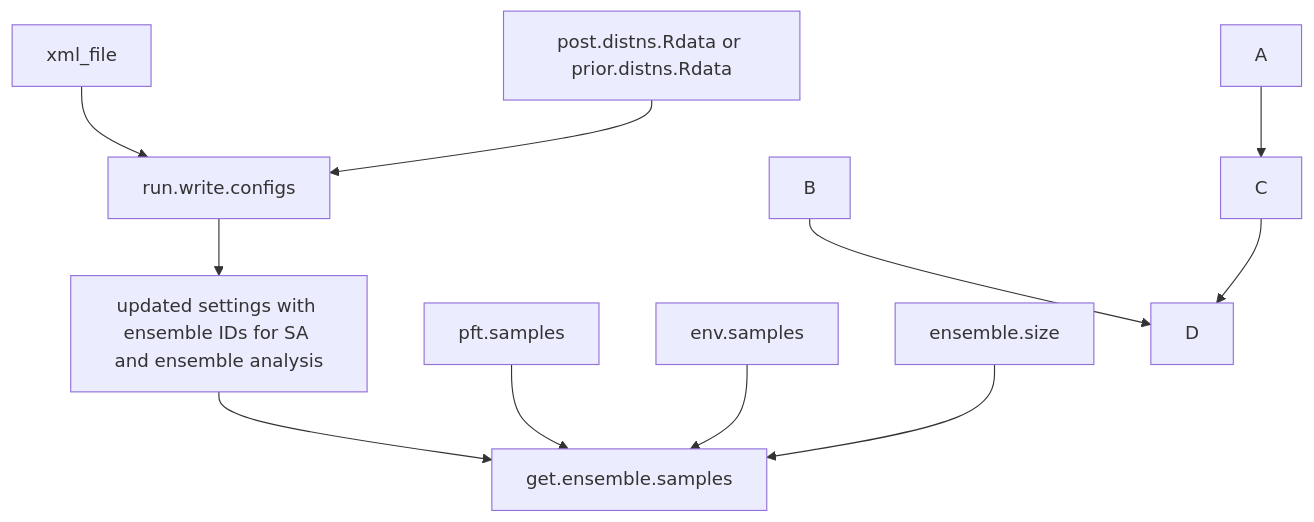
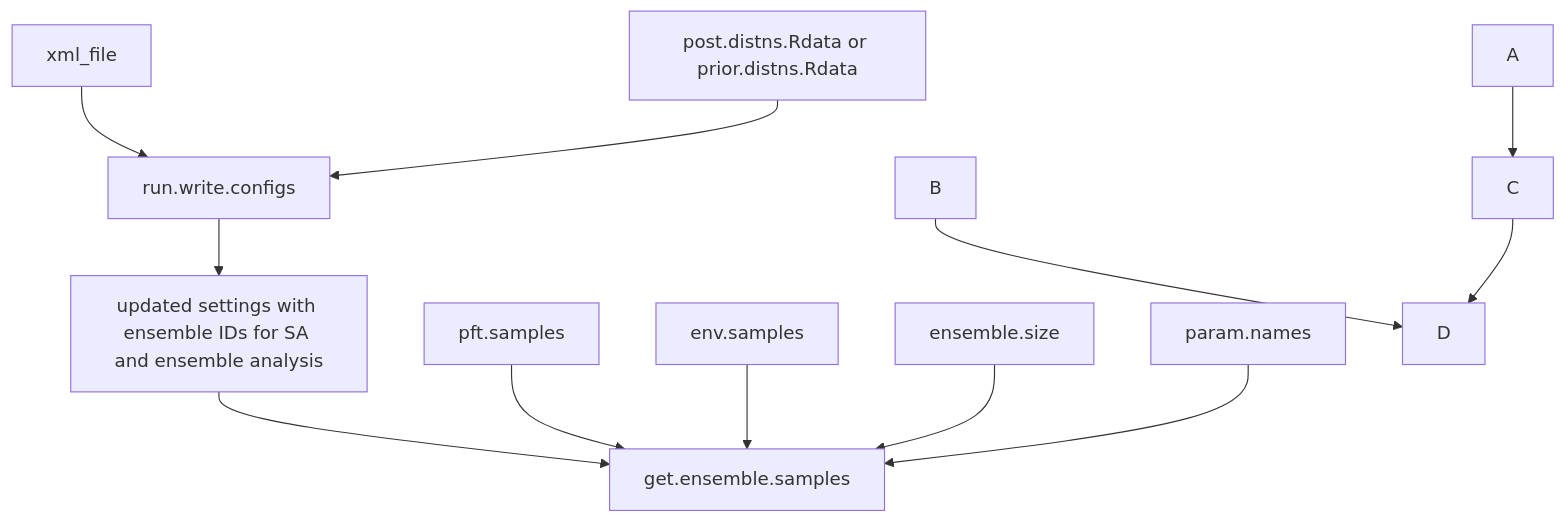
One commit to ecamo19/gsoc_project_2022_vm changed the diagram in README.md. Above: the diagram before and after it, drawn with Mermaid. The commit also changed other lines of this file, not shown here.

````diff
--- a/README.md
+++ b/README.md
@@ -49,13 +50,14 @@
 ```mermaid
   graph TD;
       settings[xml_file]-->run.write.configs ;
       posterior.files[post.distns.Rdata or prior.distns.Rdata]-->run.write.configs;
       run.write.configs-->output_1[updated settings with ensemble IDs for SA and ensemble analysis ];
       output_1[updated settings with ensemble IDs for SA and ensemble analysis]-->get.ensemble.samples;
       input_get_ensemble_1[pft.samples]-->get.ensemble.samples;
       input_get_ensemble_2[env.samples]-->get.ensemble.samples;
       input_get_ensemble_3[ensemble.size]-->get.ensemble.samples;
+      input_get_ensemble_4[param.names]-->get.ensemble.samples;
       A-->C;
       B-->D;
       C-->D;
 ```
````
